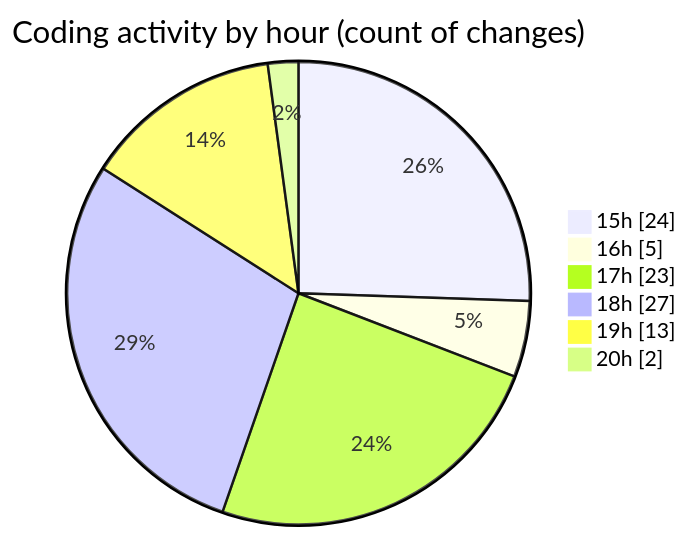
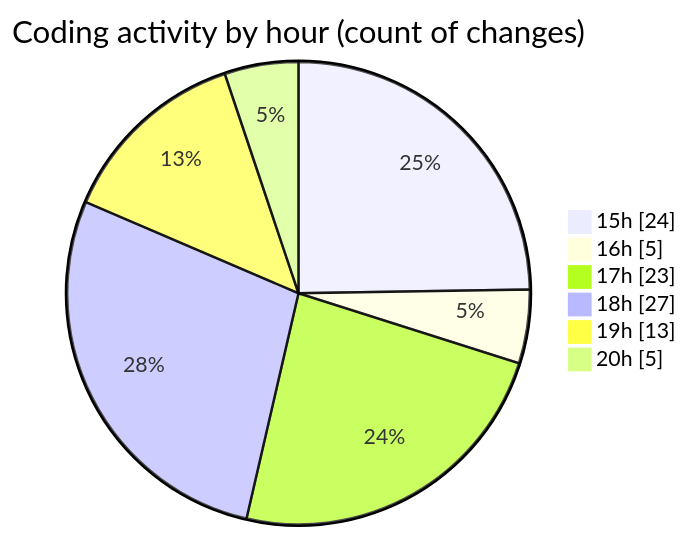
One commit to EIIisD/code-tracking changed the second of 2 diagrams in 2025-08-02/tw-server/README.md. Above: the diagram before and after it, drawn with Mermaid. The commit also changed other lines of this file and 1 other file, not shown here.

````diff
--- a/2025-08-02/tw-server/README.md
+++ b/2025-08-02/tw-server/README.md
@@ -36,10 +36,10 @@
 ```mermaid
 pie showData
 title Coding activity by hour (count of changes)
 "15h" : 24
 "16h" : 5
 "17h" : 23
 "18h" : 27
 "19h" : 13
-"20h" : 2
+"20h" : 5
 ```
````
